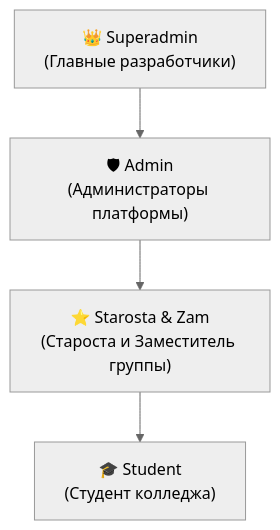
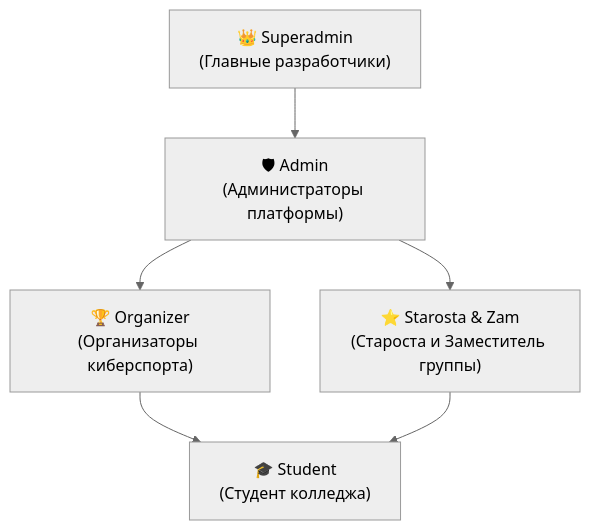
The diagram in README.md (wxrrry/aitu-schedule-bot), drawn with Mermaid (neutral theme) before and after one commit. The commit also changed other lines of this file and 6 other files, not shown here.

````diff
--- a/README.md
+++ b/README.md
@@ -181,6 +184,8 @@
 ```mermaid
 graph TD
     SA["👑 Superadmin<br>(Главные разработчики)"] --> A["🛡 Admin<br>(Администраторы платформы)"]
+    A --> O["🏆 Organizer<br>(Организаторы киберспорта)"]
     A --> S["⭐️ Starosta & Zam<br>(Староста и Заместитель группы)"]
-    S --> U["🎓 Student<br>(Студент колледжа)"]
+    O --> U["🎓 Student<br>(Студент колледжа)"]
+    S --> U
 ```
````
